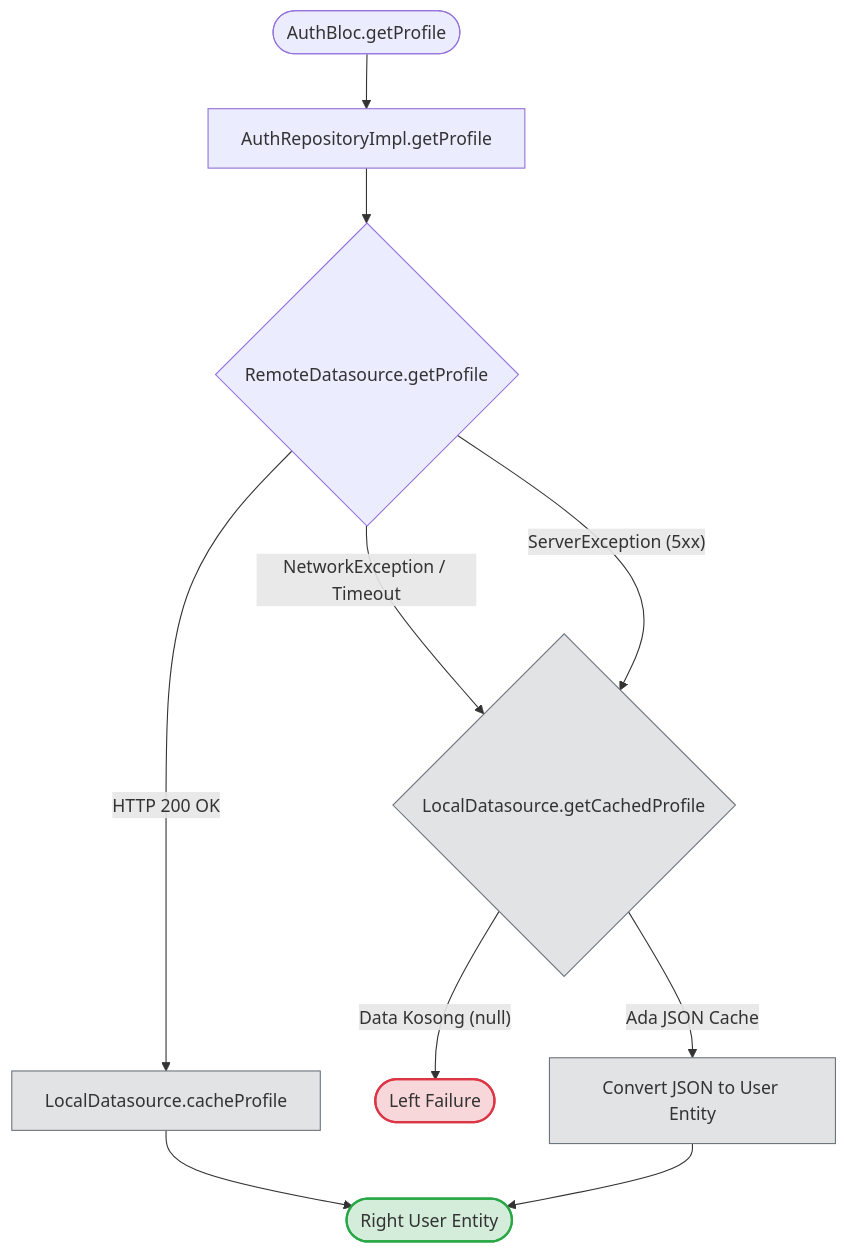
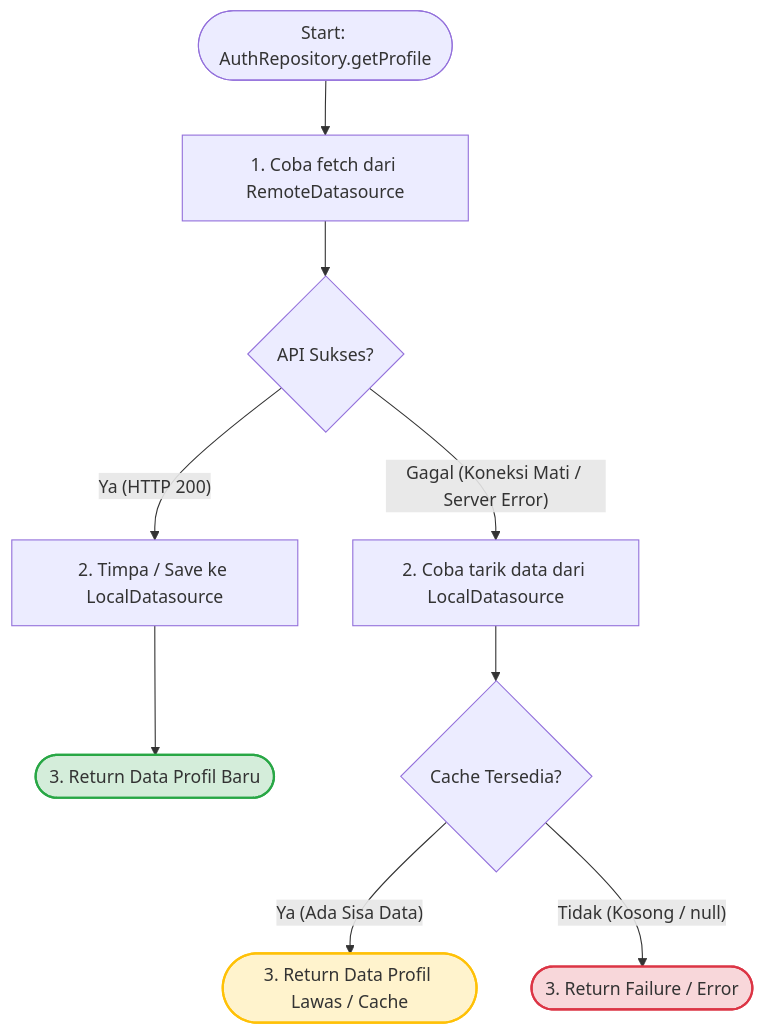
Before and after one commit to nunutech40/news-app-flutter: the third of 3 diagrams in docs/features/auth.md, drawn with Mermaid.

Commit message:
docs(auth): simplify and clarify profile fallback flowchart for readability

````diff
--- a/docs/features/auth.md
+++ b/docs/features/auth.md
@@ -102,32 +102,26 @@
 ```mermaid
 flowchart TD
-    Start([AuthBloc.getProfile]) --> Repo[AuthRepositoryImpl.getProfile]
+    Start([Start: AuthRepository.getProfile]) --> TryRemote[1. Coba fetch dari RemoteDatasource]
     
-    Repo --> Fetch{RemoteDatasource.getProfile}
+    TryRemote --> IsRemoteSuccess{API Sukses?}
     
-    %% Happy Path
-    Fetch -- "HTTP 200 OK" --> SaveCache[LocalDatasource.cacheProfile]
-    SaveCache --> ReturnSuccess([Right User Entity])
+    %% Baris Sukses (Happy Path)
+    IsRemoteSuccess -- "Ya (HTTP 200)" --> SaveCache[2. Timpa / Save ke LocalDatasource]
+    SaveCache --> ReturnRemote([3. Return Data Profil Baru])
     
-    %% Error Path 1 (No Internet)
-    Fetch -- "NetworkException / Timeout" --> FallbackCache
+    %% Baris Gagal (Fallback)
+    IsRemoteSuccess -- "Gagal (Koneksi Mati / Server Error)" --> TryLocal[2. Coba tarik data dari LocalDatasource]
     
-    %% Error Path 2 (Server Error)
-    Fetch -- "ServerException (5xx)" --> FallbackCache
+    TryLocal --> IsLocalExists{Cache Tersedia?}
     
-    %% Fallback Logic
-    FallbackCache{LocalDatasource.getCachedProfile}
-    
-    FallbackCache -- "Data Kosong (null)" --> ReturnError([Left Failure])
-    FallbackCache -- "Ada JSON Cache" --> MapJSON[Convert JSON to User Entity]
-    
-    MapJSON --> ReturnSuccess
-    
+    IsLocalExists -- "Ya (Ada Sisa Data)" --> ReturnLocal([3. Return Data Profil Lawas / Cache])
+    IsLocalExists -- "Tidak (Kosong / null)" --> ReturnError([3. Return Failure / Error])
+
     classDef success fill:#d4edda,stroke:#28a745,stroke-width:2px;
     classDef error fill:#f8d7da,stroke:#dc3545,stroke-width:2px;
-    classDef process fill:#e2e3e5,stroke:#6c757d;
+    classDef warning fill:#fff3cd,stroke:#ffc107,stroke-width:2px;
     
-    class ReturnSuccess success;
+    class ReturnRemote success;
+    class ReturnLocal warning;
     class ReturnError error;
-    class FallbackCache,SaveCache,MapJSON process;
 ```
````
